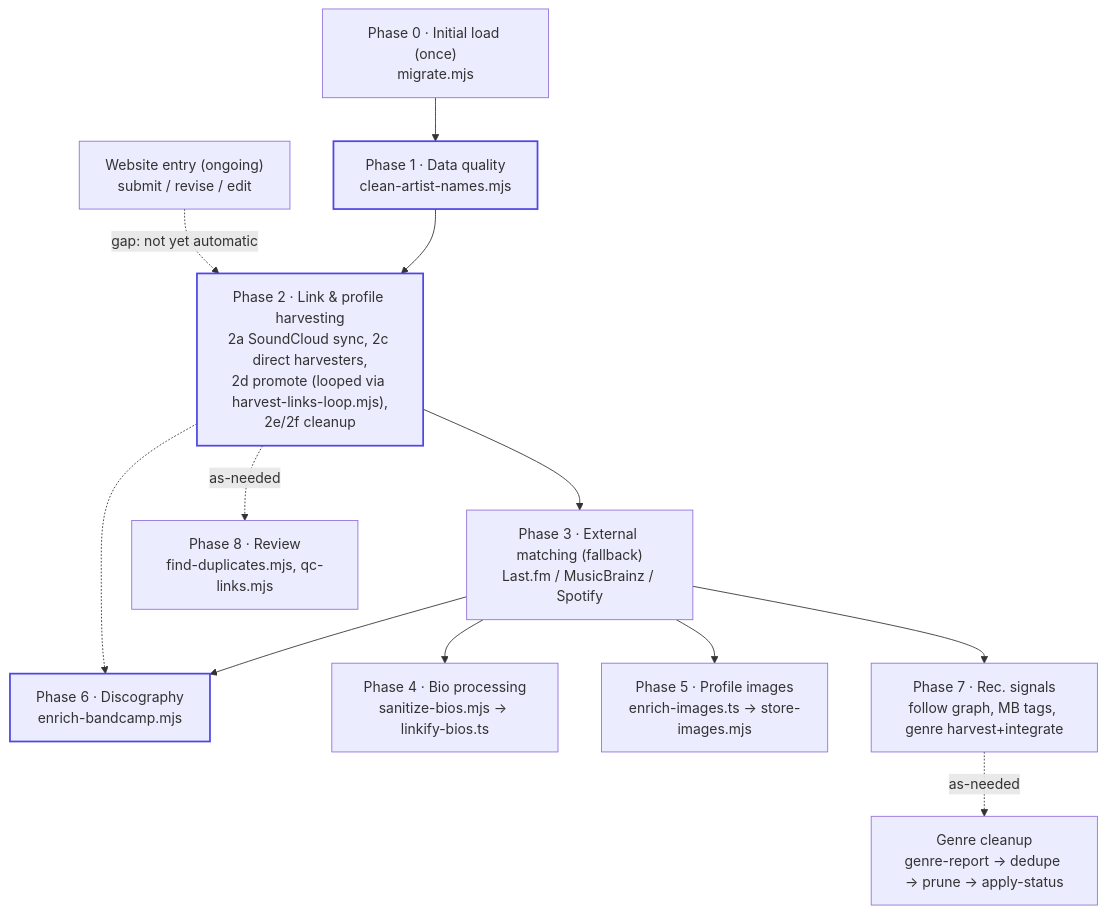
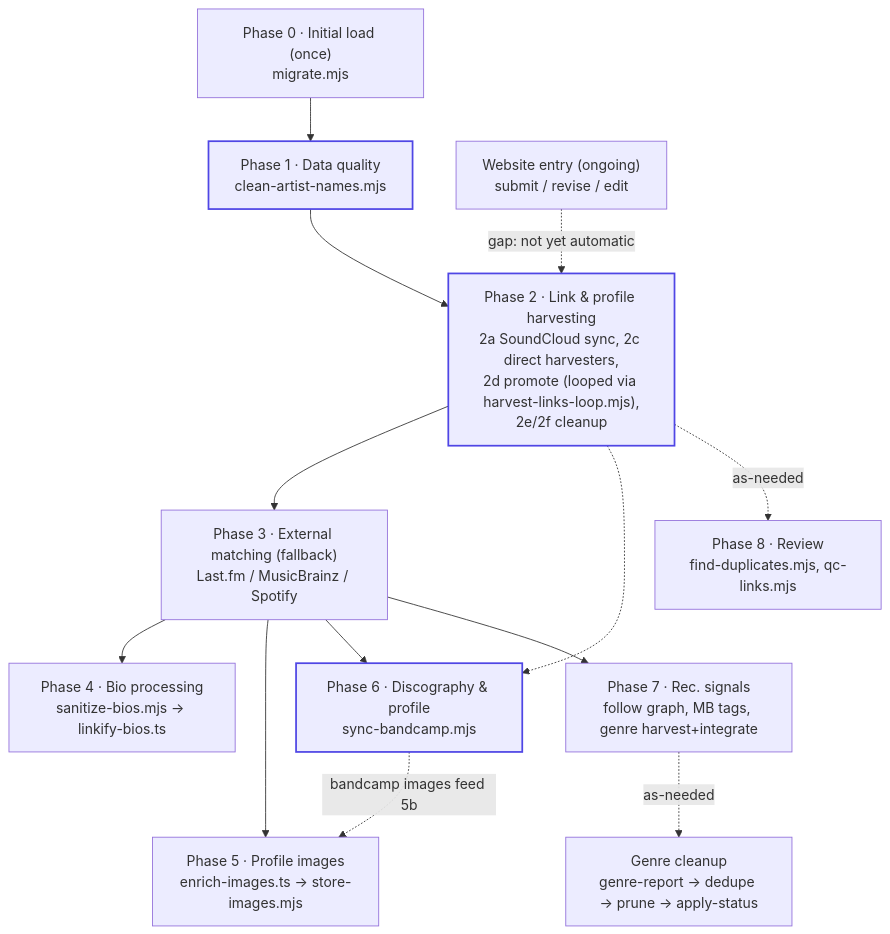
One commit to maisiebird2/rebalance-gender changed the diagram in scripts/PIPELINE.md. Above: the diagram before and after it, drawn with Mermaid. The commit also changed other lines of this file and 6 other files, not shown here.

Commit message:
Bandcamp sync refactor, replacing enrich-bandcamp.mjs & planned harvest-links-bandcamp.mjs

````diff
--- a/scripts/PIPELINE.md
+++ b/scripts/PIPELINE.md
@@ -24,21 +24,22 @@
 ```mermaid
 flowchart TD
     P0["Phase 0 · Initial load (once)<br/>migrate.mjs"] --> P1
     WEB["Website entry (ongoing)<br/>submit / revise / edit"] -. "gap: not yet automatic" .-> P2
     P1["Phase 1 · Data quality<br/>clean-artist-names.mjs"] --> P2
     P2["Phase 2 · Link &amp; profile harvesting<br/>2a SoundCloud sync, 2c direct harvesters,<br/>2d promote (looped via harvest-links-loop.mjs),<br/>2e/2f cleanup"] --> P3
     P2 -.-> P6
     P3["Phase 3 · External matching (fallback)<br/>Last.fm / MusicBrainz / Spotify"] --> P4
     P3 --> P5
     P3 --> P6
     P3 --> P7
     P4["Phase 4 · Bio processing<br/>sanitize-bios.mjs → linkify-bios.ts"]
     P5["Phase 5 · Profile images<br/>enrich-images.ts → store-images.mjs"]
-    P6["Phase 6 · Discography<br/>enrich-bandcamp.mjs"]
+    P6["Phase 6 · Discography &amp; profile<br/>sync-bandcamp.mjs"]
+    P6 -. "bandcamp images feed 5b" .-> P5
     P7["Phase 7 · Rec. signals<br/>follow graph, MB tags, genre harvest+integrate"]
     P2 -. as-needed .-> P8["Phase 8 · Review<br/>find-duplicates.mjs, qc-links.mjs"]
     P7 -. as-needed .-> P8G["Genre cleanup<br/>genre-report → dedupe → prune → apply-status"]
 
     classDef orchestrated stroke:#4f46e5,stroke-width:2px;
     class P1,P2,P6 orchestrated;
 ```
````
